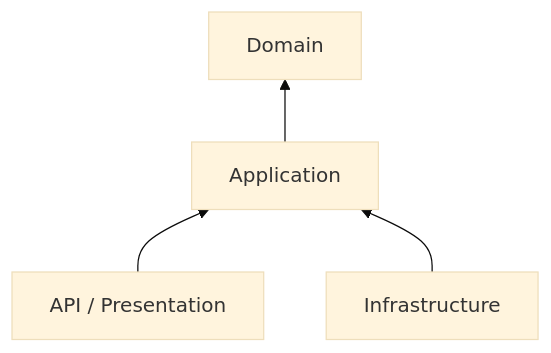
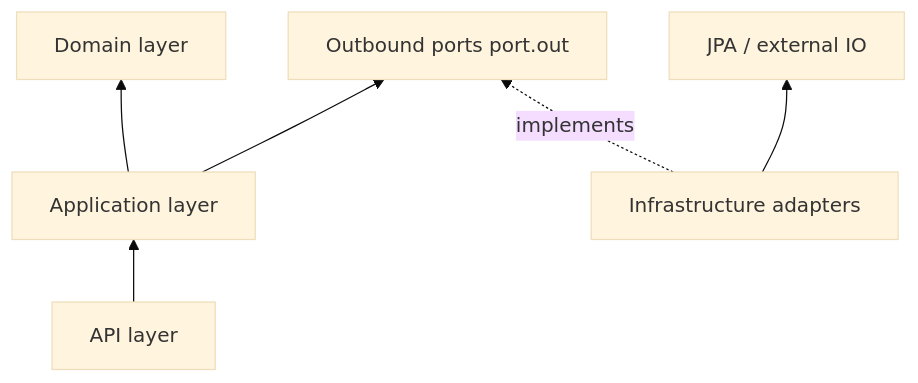
One commit to fdeniz07/RealEstateBackend changed the first of 2 diagrams in docs/03-architecture/HLD/HLD-002-clean-architecture.md. Above: the diagram before and after it, drawn with Mermaid (base theme). The commit also changed other lines of this file and 33 other files, not shown here.

Commit message:
docs(architecture): consolidate architecture documentation baseline

````diff
--- a/docs/03-architecture/HLD/HLD-002-clean-architecture.md
+++ b/docs/03-architecture/HLD/HLD-002-clean-architecture.md
@@ -22,6 +45,8 @@
 ```mermaid
 flowchart BT
-  API[API / Presentation] --> APP[Application]
-  INF[Infrastructure] --> APP
-  APP --> DOM[Domain]
+  API[API layer] --> APP[Application layer]
+  APP --> DOM[Domain layer]
+  APP --> PORT[Outbound ports port.out]
+  INF[Infrastructure adapters] -.implements.-> PORT
+  INF --> JPA[JPA / external IO]
 ```
````
